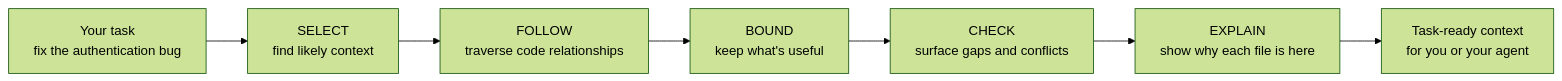
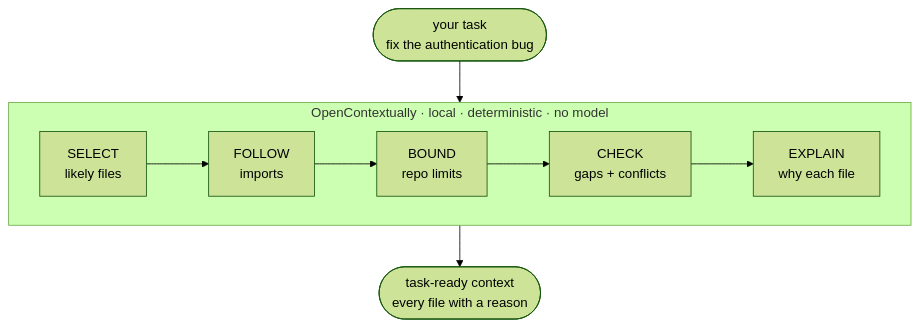
The diagram in README.md (gammalex-ai/opencontextually), drawn with Mermaid (forest theme) before and after one commit.

````diff
--- a/README.md
+++ b/README.md
@@ -11,9 +11,9 @@
 ```mermaid
-flowchart LR
-    A["Your task<br/>fix the authentication bug"] --> B["SELECT<br/>find likely context"]
-    B --> C["FOLLOW<br/>traverse code relationships"]
-    C --> D["BOUND<br/>keep what's useful"]
-    D --> E["CHECK<br/>surface gaps and conflicts"]
-    E --> F["EXPLAIN<br/>show why each file is here"]
-    F --> G["Task-ready context<br/>for you or your agent"]
+flowchart TB
+    T(["your task<br/>fix the authentication bug"]) --> OC
+    subgraph OC ["OpenContextually · local · deterministic · no model"]
+      direction LR
+      S["SELECT<br/>likely files"] --> F["FOLLOW<br/>imports"] --> B["BOUND<br/>repo limits"] --> C["CHECK<br/>gaps + conflicts"] --> E["EXPLAIN<br/>why each file"]
+    end
+    OC --> R(["task-ready context<br/>every file with a reason"])
 ```
````
